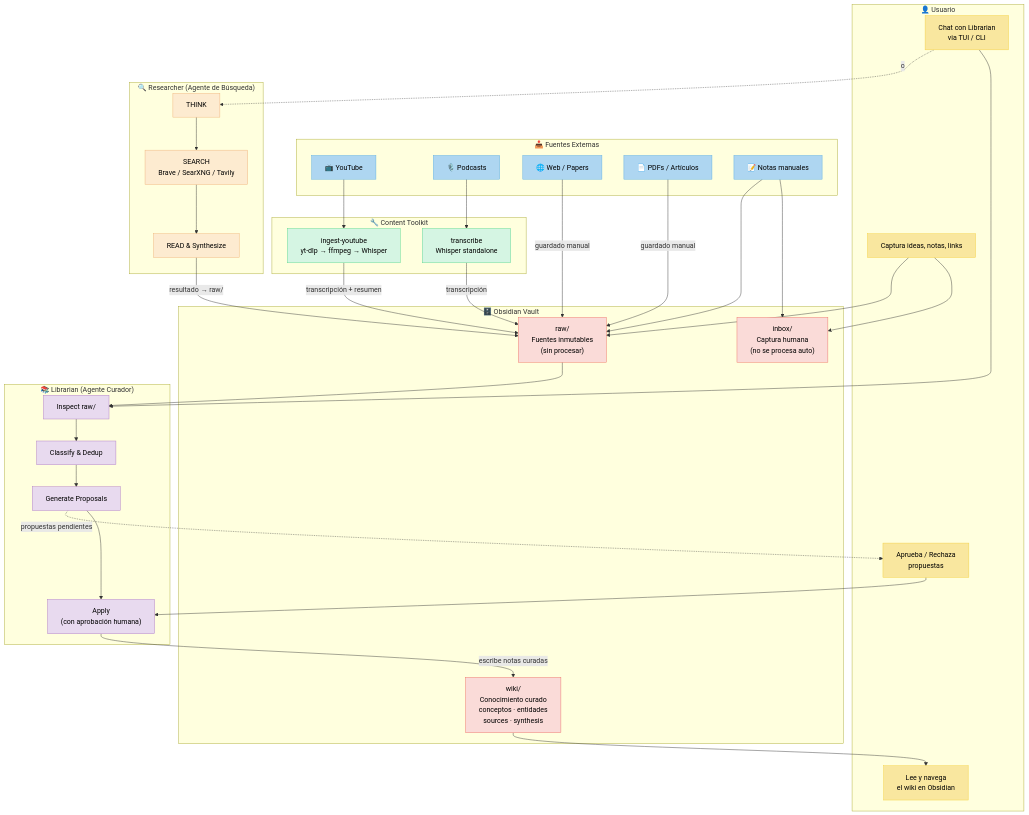
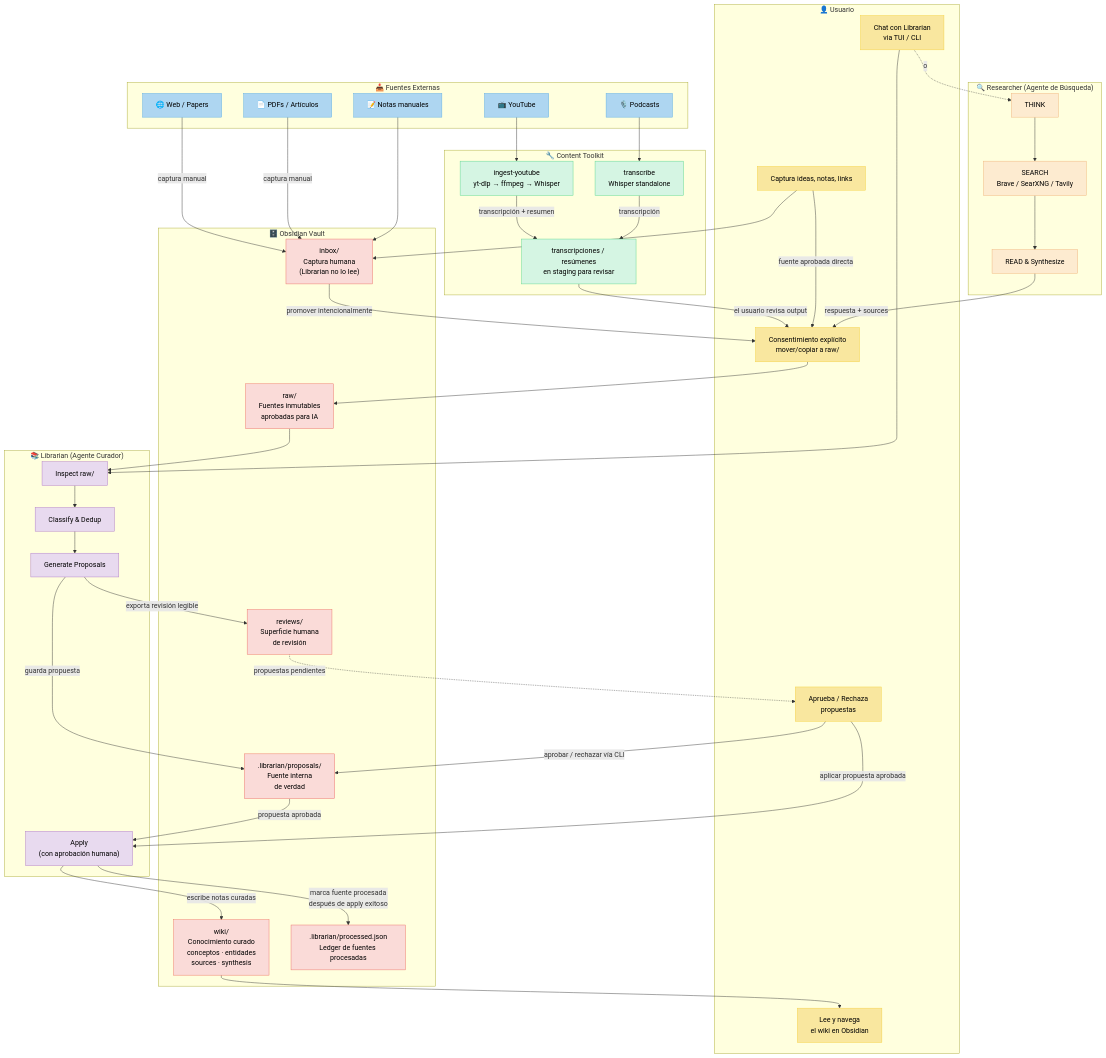
Before and after one commit to developerjeremylive/second-brain-ecosystem-etheroi: the diagram in docs/architecture/ARCHITECTURE.md, drawn with Mermaid. The commit also changed other lines of this file and 12 other files, not shown here.

````diff
--- a/docs/architecture/ARCHITECTURE.md
+++ b/docs/architecture/ARCHITECTURE.md
@@ -29,6 +29,7 @@
         U1["Captura ideas, notas, links"]
         U2["Chat con Librarian<br/>via TUI / CLI"]
         U3["Aprueba / Rechaza<br/>propuestas"]
+        U5["Consentimiento explícito<br/>mover/copiar a raw/"]
         U4["Lee y navega<br/>el wiki en Obsidian"]
     end
 
@@ -43,12 +44,16 @@
     subgraph TOOLKIT["🔧 Content Toolkit"]
         INGEST["ingest-youtube<br/>yt-dlp → ffmpeg → Whisper"]
         TRANSCRIBE["transcribe<br/>Whisper standalone"]
+        ARTIFACT["transcripciones / resúmenes<br/>en staging para revisar"]
     end
 
     subgraph VAULT["🗄️ Obsidian Vault"]
-        RAW["raw/<br/>Fuentes inmutables<br/>(sin procesar)"]
+        INBOX["inbox/<br/>Captura humana<br/>(Librarian no lo lee)"]
+        RAW["raw/<br/>Fuentes inmutables<br/>aprobadas para IA"]
         WIKI["wiki/<br/>Conocimiento curado<br/>conceptos · entidades<br/>sources · synthesis"]
-        INBOX["inbox/<br/>Captura humana<br/>(no se procesa auto)"]
+        REVIEWS["reviews/<br/>Superficie humana<br/>de revisión"]
+        PROPOSALS[".librarian/proposals/<br/>Fuente interna<br/>de verdad"]
+        LEDGER[".librarian/processed.json<br/>Ledger de fuentes procesadas"]
     end
 
     subgraph LIBRARIAN_AGENT["📚 Librarian (Agente Curador)"]
@@ -56,7 +61,7 @@
         L2["Classify & Dedup"]
         L3["Generate Proposals"]
         L4["Apply<br/>(con aprobación humana)"]
-        L1 --> L2 --> L3 --> L4
+        L1 --> L2 --> L3
     end
 
     subgraph RESEARCHER_AGENT["🔍 Researcher (Agente de Búsqueda)"]
@@ -66,31 +71,38 @@
         R1 --> R2 --> R3
     end
 
-    %% Fuentes → Content Toolkit → raw/
+    %% Fuentes → Content Toolkit → artefactos en staging
     YT --> INGEST
     POD --> TRANSCRIBE
-    INGEST -->|"transcripción + resumen"| RAW
-    TRANSCRIBE -->|"transcripción"| RAW
+    INGEST -->|"transcripción + resumen"| ARTIFACT
+    TRANSCRIBE -->|"transcripción"| ARTIFACT
+    ARTIFACT -->|"el usuario revisa output"| U5
 
-    %% Fuentes manuales → raw/ o inbox/
-    WEB -->|"guardado manual"| RAW
-    PDF -->|"guardado manual"| RAW
+    %% Fuentes manuales → inbox/ o raw/ con consentimiento explícito
+    WEB -->|"captura manual"| INBOX
+    PDF -->|"captura manual"| INBOX
     MANUAL --> INBOX
-    MANUAL --> RAW
     U1 --> INBOX
-    U1 --> RAW
+    U1 -->|"fuente aprobada directa"| U5
+    INBOX -->|"promover intencionalmente"| U5
+    U5 --> RAW
 
-    %% raw/ → Librarian → wiki/
+    %% raw/ → Librarian → propuestas → aprobación → apply → wiki/
     RAW --> L1
+    L3 -->|"guarda propuesta"| PROPOSALS
+    L3 -->|"exporta revisión legible"| REVIEWS
+    REVIEWS -.->|"propuestas pendientes"| U3
+    PROPOSALS -->|"propuesta aprobada"| L4
     L4 -->|"escribe notas curadas"| WIKI
+    L4 -->|"marca fuente procesada<br/>después de apply exitoso"| LEDGER
 
     %% Usuario interactúa con Librarian
     U2 --> L1
-    U3 --> L4
-    L3 -.->|"propuestas pendientes"| U3
+    U3 -->|"aprobar / rechazar vía CLI"| PROPOSALS
+    U3 -->|"aplicar propuesta aprobada"| L4
 
-    %% Researcher → puede alimentar raw/
-    R3 -->|"resultado → raw/"| RAW
+    %% Researcher → puede alimentar raw/ solo con consentimiento del usuario
+    R3 -->|"respuesta + sources"| U5
 
     %% Usuario lee wiki
     WIKI --> U4
@@ -106,10 +118,10 @@
     classDef agent fill:#e8daef,stroke:#af7ac5,color:#000
     classDef research fill:#fdebd0,stroke:#f0b27a,color:#000
 
-    class U1,U2,U3,U4 user
+    class U1,U2,U3,U4,U5 user
     class YT,POD,WEB,PDF,MANUAL source
-    class INGEST,TRANSCRIBE toolkit
-    class RAW,WIKI,INBOX vault
+    class INGEST,TRANSCRIBE,ARTIFACT toolkit
+    class RAW,WIKI,INBOX,REVIEWS,PROPOSALS,LEDGER vault
     class L1,L2,L3,L4 agent
     class R1,R2,R3 research
 ```
````
